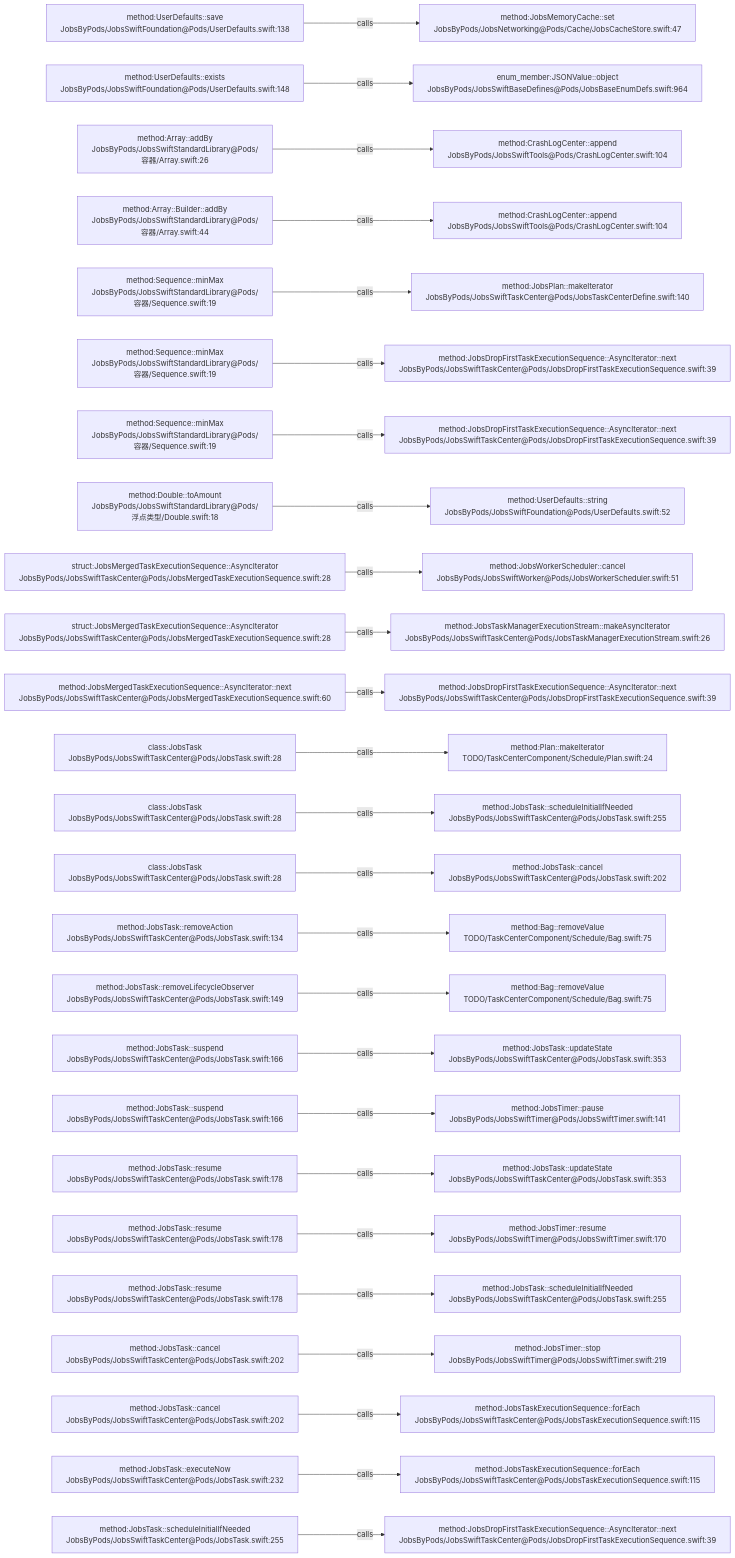
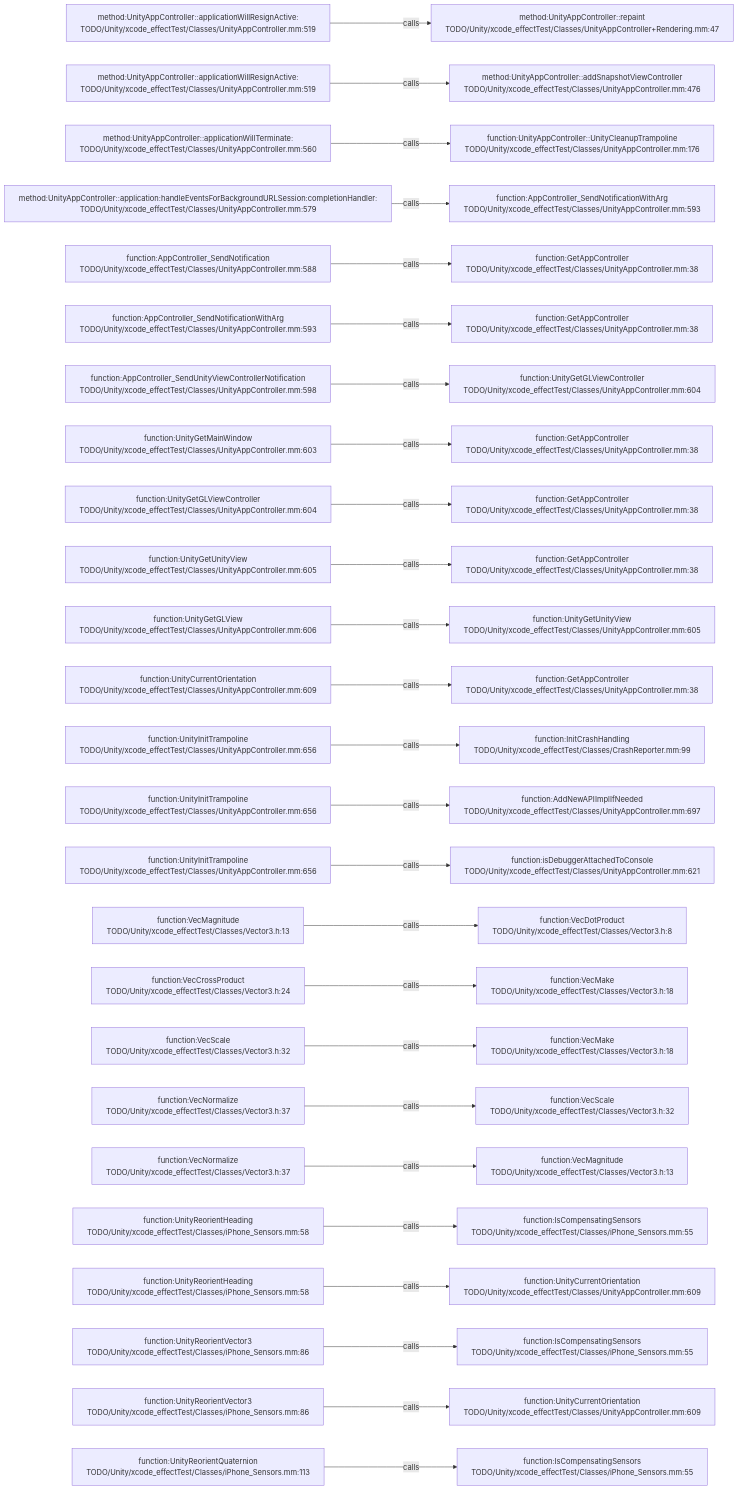
One commit to JobsKits/JobsSwiftBaseConfigDemo changed the diagram in .codegraph/codegraph.md/graphs/calls-050.md. Above: the diagram before and after it, drawn with Mermaid. The commit also changed 227 other files, not shown here.

````diff
--- a/.codegraph/codegraph.md/graphs/calls-050.md
+++ b/.codegraph/codegraph.md/graphs/calls-050.md
@@ -13,78 +13,78 @@
 ```mermaid
 flowchart LR
-  S1["method:UserDefaults::save<br/>JobsByPods/JobsSwiftFoundation@Pods/UserDefaults.swift:138"]
-  T1["method:JobsMemoryCache::set<br/>JobsByPods/JobsNetworking@Pods/Cache/JobsCacheStore.swift:47"]
+  S1["method:UnityAppController::applicationWillResignActive:<br/>TODO/Unity/xcode_effectTest/Classes/UnityAppController.mm:519"]
+  T1["method:UnityAppController::repaint<br/>TODO/Unity/xcode_effectTest/Classes/UnityAppController+Rendering.mm:47"]
   S1 -->|calls| T1
-  S2["method:UserDefaults::exists<br/>JobsByPods/JobsSwiftFoundation@Pods/UserDefaults.swift:148"]
-  T2["enum_member:JSONValue::object<br/>JobsByPods/JobsSwiftBaseDefines@Pods/JobsBaseEnumDefs.swift:964"]
+  S2["method:UnityAppController::applicationWillResignActive:<br/>TODO/Unity/xcode_effectTest/Classes/UnityAppController.mm:519"]
+  T2["method:UnityAppController::addSnapshotViewController<br/>TODO/Unity/xcode_effectTest/Classes/UnityAppController.mm:476"]
   S2 -->|calls| T2
-  S3["method:Array::addBy<br/>JobsByPods/JobsSwiftStandardLibrary@Pods/容器/Array.swift:26"]
-  T3["method:CrashLogCenter::append<br/>JobsByPods/JobsSwiftTools@Pods/CrashLogCenter.swift:104"]
+  S3["method:UnityAppController::applicationWillTerminate:<br/>TODO/Unity/xcode_effectTest/Classes/UnityAppController.mm:560"]
+  T3["function:UnityAppController::UnityCleanupTrampoline<br/>TODO/Unity/xcode_effectTest/Classes/UnityAppController.mm:176"]
   S3 -->|calls| T3
-  S4["method:Array::Builder::addBy<br/>JobsByPods/JobsSwiftStandardLibrary@Pods/容器/Array.swift:44"]
-  T4["method:CrashLogCenter::append<br/>JobsByPods/JobsSwiftTools@Pods/CrashLogCenter.swift:104"]
+  S4["method:UnityAppController::application:handleEventsForBackgroundURLSession:completionHandler:<br/>TODO/Unity/xcode_effectTest/Classes/UnityAppController.mm:579"]
+  T4["function:AppController_SendNotificationWithArg<br/>TODO/Unity/xcode_effectTest/Classes/UnityAppController.mm:593"]
   S4 -->|calls| T4
-  S5["method:Sequence::minMax<br/>JobsByPods/JobsSwiftStandardLibrary@Pods/容器/Sequence.swift:19"]
-  T5["method:JobsPlan::makeIterator<br/>JobsByPods/JobsSwiftTaskCenter@Pods/JobsTaskCenterDefine.swift:140"]
+  S5["function:AppController_SendNotification<br/>TODO/Unity/xcode_effectTest/Classes/UnityAppController.mm:588"]
+  T5["function:GetAppController<br/>TODO/Unity/xcode_effectTest/Classes/UnityAppController.mm:38"]
   S5 -->|calls| T5
-  S6["method:Sequence::minMax<br/>JobsByPods/JobsSwiftStandardLibrary@Pods/容器/Sequence.swift:19"]
-  T6["method:JobsDropFirstTaskExecutionSequence::AsyncIterator::next<br/>JobsByPods/JobsSwiftTaskCenter@Pods/JobsDropFirstTaskExecutionSequence.swift:39"]
+  S6["function:AppController_SendNotificationWithArg<br/>TODO/Unity/xcode_effectTest/Classes/UnityAppController.mm:593"]
+  T6["function:GetAppController<br/>TODO/Unity/xcode_effectTest/Classes/UnityAppController.mm:38"]
   S6 -->|calls| T6
-  S7["method:Sequence::minMax<br/>JobsByPods/JobsSwiftStandardLibrary@Pods/容器/Sequence.swift:19"]
-  T7["method:JobsDropFirstTaskExecutionSequence::AsyncIterator::next<br/>JobsByPods/JobsSwiftTaskCenter@Pods/JobsDropFirstTaskExecutionSequence.swift:39"]
+  S7["function:AppController_SendUnityViewControllerNotification<br/>TODO/Unity/xcode_effectTest/Classes/UnityAppController.mm:598"]
+  T7["function:UnityGetGLViewController<br/>TODO/Unity/xcode_effectTest/Classes/UnityAppController.mm:604"]
   S7 -->|calls| T7
-  S8["method:Double::toAmount<br/>JobsByPods/JobsSwiftStandardLibrary@Pods/浮点类型/Double.swift:18"]
-  T8["method:UserDefaults::string<br/>JobsByPods/JobsSwiftFoundation@Pods/UserDefaults.swift:52"]
+  S8["function:UnityGetMainWindow<br/>TODO/Unity/xcode_effectTest/Classes/UnityAppController.mm:603"]
+  T8["function:GetAppController<br/>TODO/Unity/xcode_effectTest/Classes/UnityAppController.mm:38"]
   S8 -->|calls| T8
-  S9["struct:JobsMergedTaskExecutionSequence::AsyncIterator<br/>JobsByPods/JobsSwiftTaskCenter@Pods/JobsMergedTaskExecutionSequence.swift:28"]
-  T9["method:JobsWorkerScheduler::cancel<br/>JobsByPods/JobsSwiftWorker@Pods/JobsWorkerScheduler.swift:51"]
+  S9["function:UnityGetGLViewController<br/>TODO/Unity/xcode_effectTest/Classes/UnityAppController.mm:604"]
+  T9["function:GetAppController<br/>TODO/Unity/xcode_effectTest/Classes/UnityAppController.mm:38"]
   S9 -->|calls| T9
-  S10["struct:JobsMergedTaskExecutionSequence::AsyncIterator<br/>JobsByPods/JobsSwiftTaskCenter@Pods/JobsMergedTaskExecutionSequence.swift:28"]
-  T10["method:JobsTaskManagerExecutionStream::makeAsyncIterator<br/>JobsByPods/JobsSwiftTaskCenter@Pods/JobsTaskManagerExecutionStream.swift:26"]
+  S10["function:UnityGetUnityView<br/>TODO/Unity/xcode_effectTest/Classes/UnityAppController.mm:605"]
+  T10["function:GetAppController<br/>TODO/Unity/xcode_effectTest/Classes/UnityAppController.mm:38"]
   S10 -->|calls| T10
-  S11["method:JobsMergedTaskExecutionSequence::AsyncIterator::next<br/>JobsByPods/JobsSwiftTaskCenter@Pods/JobsMergedTaskExecutionSequence.swift:60"]
-  T11["method:JobsDropFirstTaskExecutionSequence::AsyncIterator::next<br/>JobsByPods/JobsSwiftTaskCenter@Pods/JobsDropFirstTaskExecutionSequence.swift:39"]
+  S11["function:UnityGetGLView<br/>TODO/Unity/xcode_effectTest/Classes/UnityAppController.mm:606"]
+  T11["function:UnityGetUnityView<br/>TODO/Unity/xcode_effectTest/Classes/UnityAppController.mm:605"]
   S11 -->|calls| T11
-  S12["class:JobsTask<br/>JobsByPods/JobsSwiftTaskCenter@Pods/JobsTask.swift:28"]
-  T12["method:Plan::makeIterator<br/>TODO/TaskCenterComponent/Schedule/Plan.swift:24"]
+  S12["function:UnityCurrentOrientation<br/>TODO/Unity/xcode_effectTest/Classes/UnityAppController.mm:609"]
+  T12["function:GetAppController<br/>TODO/Unity/xcode_effectTest/Classes/UnityAppController.mm:38"]
   S12 -->|calls| T12
-  S13["class:JobsTask<br/>JobsByPods/JobsSwiftTaskCenter@Pods/JobsTask.swift:28"]
-  T13["method:JobsTask::scheduleInitialIfNeeded<br/>JobsByPods/JobsSwiftTaskCenter@Pods/JobsTask.swift:255"]
+  S13["function:UnityInitTrampoline<br/>TODO/Unity/xcode_effectTest/Classes/UnityAppController.mm:656"]
+  T13["function:InitCrashHandling<br/>TODO/Unity/xcode_effectTest/Classes/CrashReporter.mm:99"]
   S13 -->|calls| T13
-  S14["class:JobsTask<br/>JobsByPods/JobsSwiftTaskCenter@Pods/JobsTask.swift:28"]
-  T14["method:JobsTask::cancel<br/>JobsByPods/JobsSwiftTaskCenter@Pods/JobsTask.swift:202"]
+  S14["function:UnityInitTrampoline<br/>TODO/Unity/xcode_effectTest/Classes/UnityAppController.mm:656"]
+  T14["function:AddNewAPIImplIfNeeded<br/>TODO/Unity/xcode_effectTest/Classes/UnityAppController.mm:697"]
   S14 -->|calls| T14
-  S15["method:JobsTask::removeAction<br/>JobsByPods/JobsSwiftTaskCenter@Pods/JobsTask.swift:134"]
-  T15["method:Bag::removeValue<br/>TODO/TaskCenterComponent/Schedule/Bag.swift:75"]
+  S15["function:UnityInitTrampoline<br/>TODO/Unity/xcode_effectTest/Classes/UnityAppController.mm:656"]
+  T15["function:isDebuggerAttachedToConsole<br/>TODO/Unity/xcode_effectTest/Classes/UnityAppController.mm:621"]
   S15 -->|calls| T15
-  S16["method:JobsTask::removeLifecycleObserver<br/>JobsByPods/JobsSwiftTaskCenter@Pods/JobsTask.swift:149"]
-  T16["method:Bag::removeValue<br/>TODO/TaskCenterComponent/Schedule/Bag.swift:75"]
+  S16["function:VecMagnitude<br/>TODO/Unity/xcode_effectTest/Classes/Vector3.h:13"]
+  T16["function:VecDotProduct<br/>TODO/Unity/xcode_effectTest/Classes/Vector3.h:8"]
   S16 -->|calls| T16
-  S17["method:JobsTask::suspend<br/>JobsByPods/JobsSwiftTaskCenter@Pods/JobsTask.swift:166"]
-  T17["method:JobsTask::updateState<br/>JobsByPods/JobsSwiftTaskCenter@Pods/JobsTask.swift:353"]
+  S17["function:VecCrossProduct<br/>TODO/Unity/xcode_effectTest/Classes/Vector3.h:24"]
+  T17["function:VecMake<br/>TODO/Unity/xcode_effectTest/Classes/Vector3.h:18"]
   S17 -->|calls| T17
-  S18["method:JobsTask::suspend<br/>JobsByPods/JobsSwiftTaskCenter@Pods/JobsTask.swift:166"]
-  T18["method:JobsTimer::pause<br/>JobsByPods/JobsSwiftTimer@Pods/JobsSwiftTimer.swift:141"]
+  S18["function:VecScale<br/>TODO/Unity/xcode_effectTest/Classes/Vector3.h:32"]
+  T18["function:VecMake<br/>TODO/Unity/xcode_effectTest/Classes/Vector3.h:18"]
   S18 -->|calls| T18
-  S19["method:JobsTask::resume<br/>JobsByPods/JobsSwiftTaskCenter@Pods/JobsTask.swift:178"]
-  T19["method:JobsTask::updateState<br/>JobsByPods/JobsSwiftTaskCenter@Pods/JobsTask.swift:353"]
+  S19["function:VecNormalize<br/>TODO/Unity/xcode_effectTest/Classes/Vector3.h:37"]
+  T19["function:VecScale<br/>TODO/Unity/xcode_effectTest/Classes/Vector3.h:32"]
   S19 -->|calls| T19
-  S20["method:JobsTask::resume<br/>JobsByPods/JobsSwiftTaskCenter@Pods/JobsTask.swift:178"]
-  T20["method:JobsTimer::resume<br/>JobsByPods/JobsSwiftTimer@Pods/JobsSwiftTimer.swift:170"]
+  S20["function:VecNormalize<br/>TODO/Unity/xcode_effectTest/Classes/Vector3.h:37"]
+  T20["function:VecMagnitude<br/>TODO/Unity/xcode_effectTest/Classes/Vector3.h:13"]
   S20 -->|calls| T20
-  S21["method:JobsTask::resume<br/>JobsByPods/JobsSwiftTaskCenter@Pods/JobsTask.swift:178"]
-  T21["method:JobsTask::scheduleInitialIfNeeded<br/>JobsByPods/JobsSwiftTaskCenter@Pods/JobsTask.swift:255"]
+  S21["function:UnityReorientHeading<br/>TODO/Unity/xcode_effectTest/Classes/iPhone_Sensors.mm:58"]
+  T21["function:IsCompensatingSensors<br/>TODO/Unity/xcode_effectTest/Classes/iPhone_Sensors.mm:55"]
   S21 -->|calls| T21
-  S22["method:JobsTask::cancel<br/>JobsByPods/JobsSwiftTaskCenter@Pods/JobsTask.swift:202"]
-  T22["method:JobsTimer::stop<br/>JobsByPods/JobsSwiftTimer@Pods/JobsSwiftTimer.swift:219"]
+  S22["function:UnityReorientHeading<br/>TODO/Unity/xcode_effectTest/Classes/iPhone_Sensors.mm:58"]
+  T22["function:UnityCurrentOrientation<br/>TODO/Unity/xcode_effectTest/Classes/UnityAppController.mm:609"]
   S22 -->|calls| T22
-  S23["method:JobsTask::cancel<br/>JobsByPods/JobsSwiftTaskCenter@Pods/JobsTask.swift:202"]
-  T23["method:JobsTaskExecutionSequence::forEach<br/>JobsByPods/JobsSwiftTaskCenter@Pods/JobsTaskExecutionSequence.swift:115"]
+  S23["function:UnityReorientVector3<br/>TODO/Unity/xcode_effectTest/Classes/iPhone_Sensors.mm:86"]
+  T23["function:IsCompensatingSensors<br/>TODO/Unity/xcode_effectTest/Classes/iPhone_Sensors.mm:55"]
   S23 -->|calls| T23
-  S24["method:JobsTask::executeNow<br/>JobsByPods/JobsSwiftTaskCenter@Pods/JobsTask.swift:232"]
-  T24["method:JobsTaskExecutionSequence::forEach<br/>JobsByPods/JobsSwiftTaskCenter@Pods/JobsTaskExecutionSequence.swift:115"]
+  S24["function:UnityReorientVector3<br/>TODO/Unity/xcode_effectTest/Classes/iPhone_Sensors.mm:86"]
+  T24["function:UnityCurrentOrientation<br/>TODO/Unity/xcode_effectTest/Classes/UnityAppController.mm:609"]
   S24 -->|calls| T24
-  S25["method:JobsTask::scheduleInitialIfNeeded<br/>JobsByPods/JobsSwiftTaskCenter@Pods/JobsTask.swift:255"]
-  T25["method:JobsDropFirstTaskExecutionSequence::AsyncIterator::next<br/>JobsByPods/JobsSwiftTaskCenter@Pods/JobsDropFirstTaskExecutionSequence.swift:39"]
+  S25["function:UnityReorientQuaternion<br/>TODO/Unity/xcode_effectTest/Classes/iPhone_Sensors.mm:113"]
+  T25["function:IsCompensatingSensors<br/>TODO/Unity/xcode_effectTest/Classes/iPhone_Sensors.mm:55"]
   S25 -->|calls| T25
 ```
````
